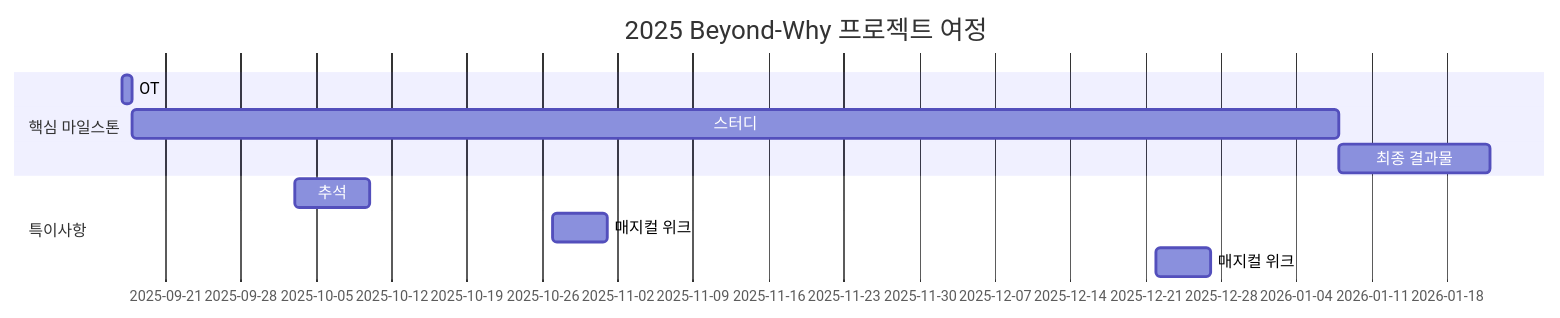
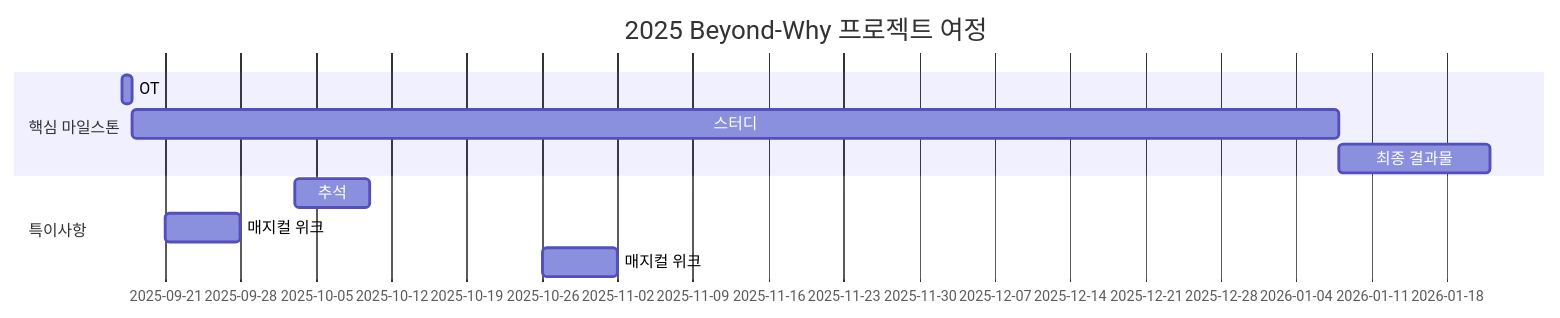
Before and after one commit to soominzoh/Beyond-Why: the diagram in README.md, drawn with Mermaid. The commit also changed other lines of this file, not shown here.

````diff
--- a/README.md
+++ b/README.md
@@ -48,12 +52,12 @@
 ```mermaid
 gantt
     title 2025 Beyond-Why 프로젝트 여정
     section 핵심 마일스톤
     OT       :a1, 2025-09-17, 1d
     스터디        :a2, after a1, 112d
     최종 결과물    :a3, after a2, 14d
     section 특이사항
     추석     :2025-10-03, 7d
-    매지컬 위크 :2025-10-27, 5d
-    매지컬 위크       :2025-12-22, 5d
+    매지컬 위크 :2025-09-21, 7d
+    매지컬 위크       :2025-10-26, 7d
 ```
````
